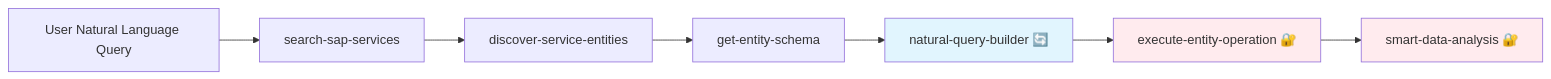
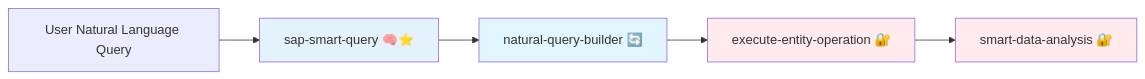
The fourth of 10 diagrams in config/workflow-guide.md (Raistlin82/btp-sap-odata-to-mcp-server-optimized), drawn with Mermaid before and after one commit. The commit also changed other lines of this file and 22 other files, not shown here.

````diff
--- a/config/workflow-guide.md
+++ b/config/workflow-guide.md
@@ -94,13 +124,12 @@
 ```mermaid
 graph LR
-    A[User Natural Language Query] --> B[search-sap-services]
-    B --> C[discover-service-entities]
-    C --> D[get-entity-schema]
-    D --> E[natural-query-builder 🔄]
-    E --> F[execute-entity-operation 🔐]
-    F --> G[smart-data-analysis 🔐]
+    A[User Natural Language Query] --> B[sap-smart-query 🧠⭐]
+    B --> C[natural-query-builder 🔄]
+    C --> D[execute-entity-operation 🔐]
+    D --> E[smart-data-analysis 🔐]
     
-    style E fill:#e1f5fe
-    style F fill:#ffebee
-    style G fill:#ffebee
+    style B fill:#e3f2fd
+    style C fill:#e1f5fe
+    style D fill:#ffebee
+    style E fill:#ffebee
 ```
````
